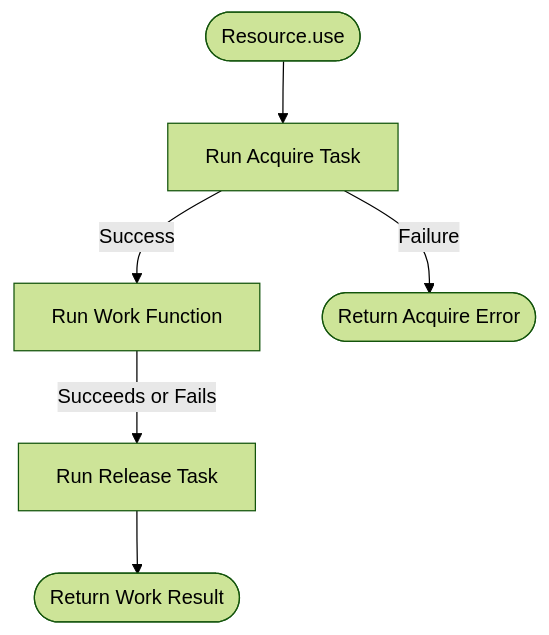
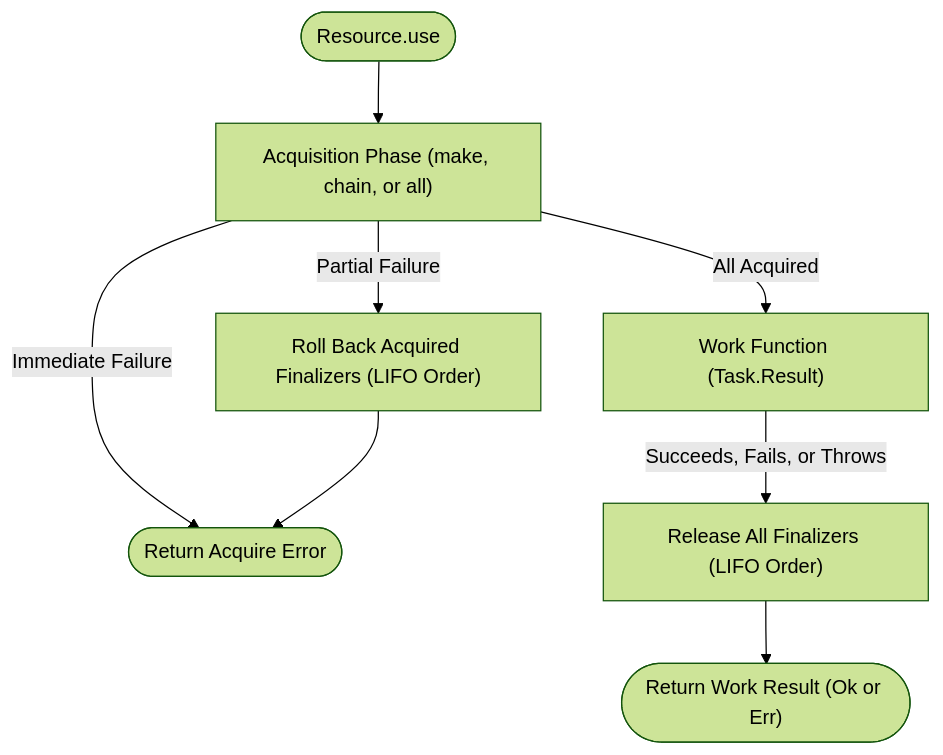
One commit to nlozgachev/pipelined changed the diagram in docs/src/content/docs/guides/resource.md. Above: the diagram before and after it, drawn with Mermaid (forest theme). The commit also changed other lines of this file and 5 other files, not shown here.

````diff
--- a/docs/src/content/docs/guides/resource.md
+++ b/docs/src/content/docs/guides/resource.md
@@ -27,9 +27,11 @@
 ```mermaid
 flowchart TD
-    Start([Resource.use]) --> Acquire[Run Acquire Task]
-    Acquire -->|Success| Work[Run Work Function]
-    Acquire -->|Failure| FailExit([Return Acquire Error])
+    Start([Resource.use]) --> Acquire["Acquisition Phase (make, chain, or all)"]
+    Acquire -->|All Acquired| Work["Work Function (Task.Result)"]
+    Acquire -->|Partial Failure| Rollback["Roll Back Acquired Finalizers (LIFO Order)"]
+    Acquire -->|Immediate Failure| FailExit(["Return Acquire Error"])
+    Rollback --> FailExit
 
-    Work -->|Succeeds or Fails| Release[Run Release Task]
-    Release --> WorkExit([Return Work Result])
+    Work -->|Succeeds, Fails, or Throws| Release["Release All Finalizers (LIFO Order)"]
+    Release --> WorkExit(["Return Work Result (Ok or Err)"])
 ```
````
